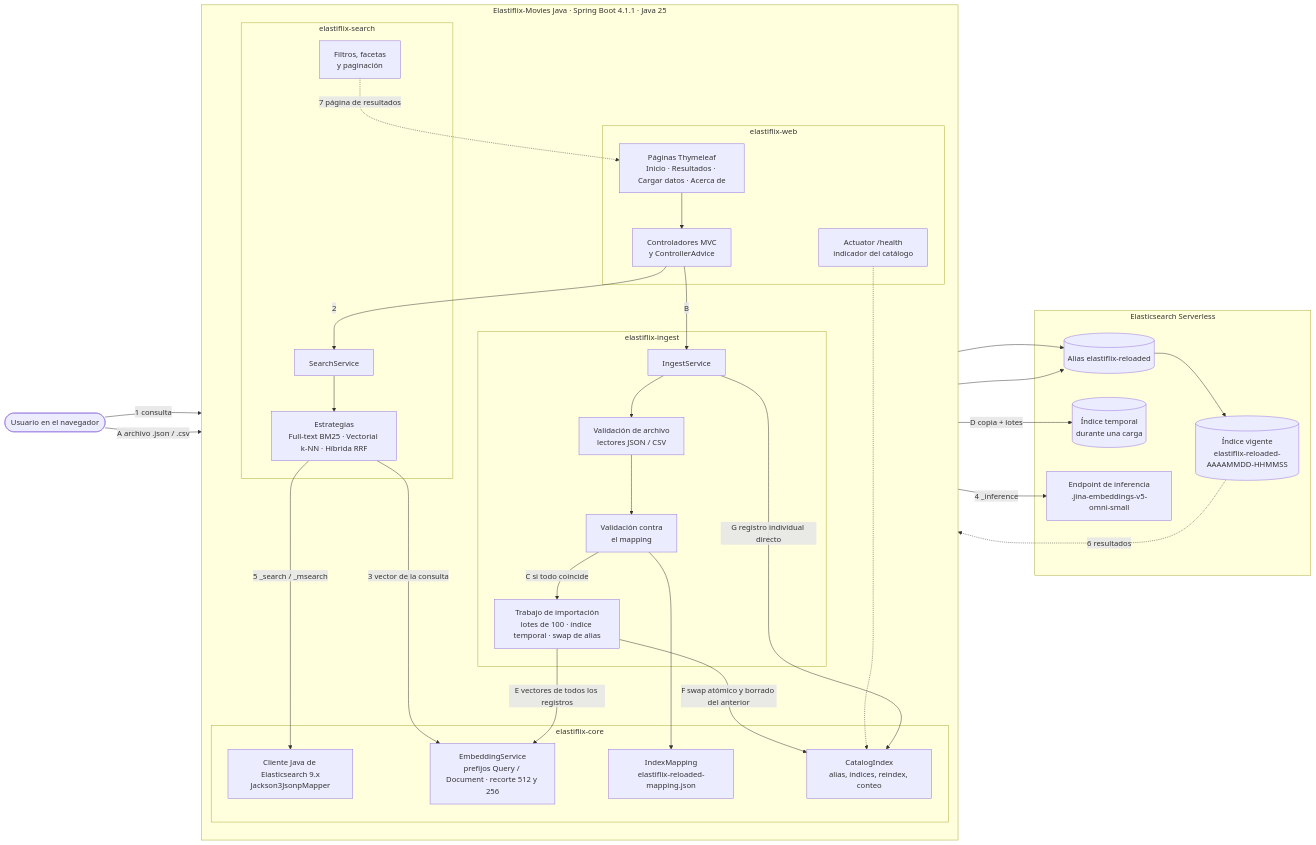
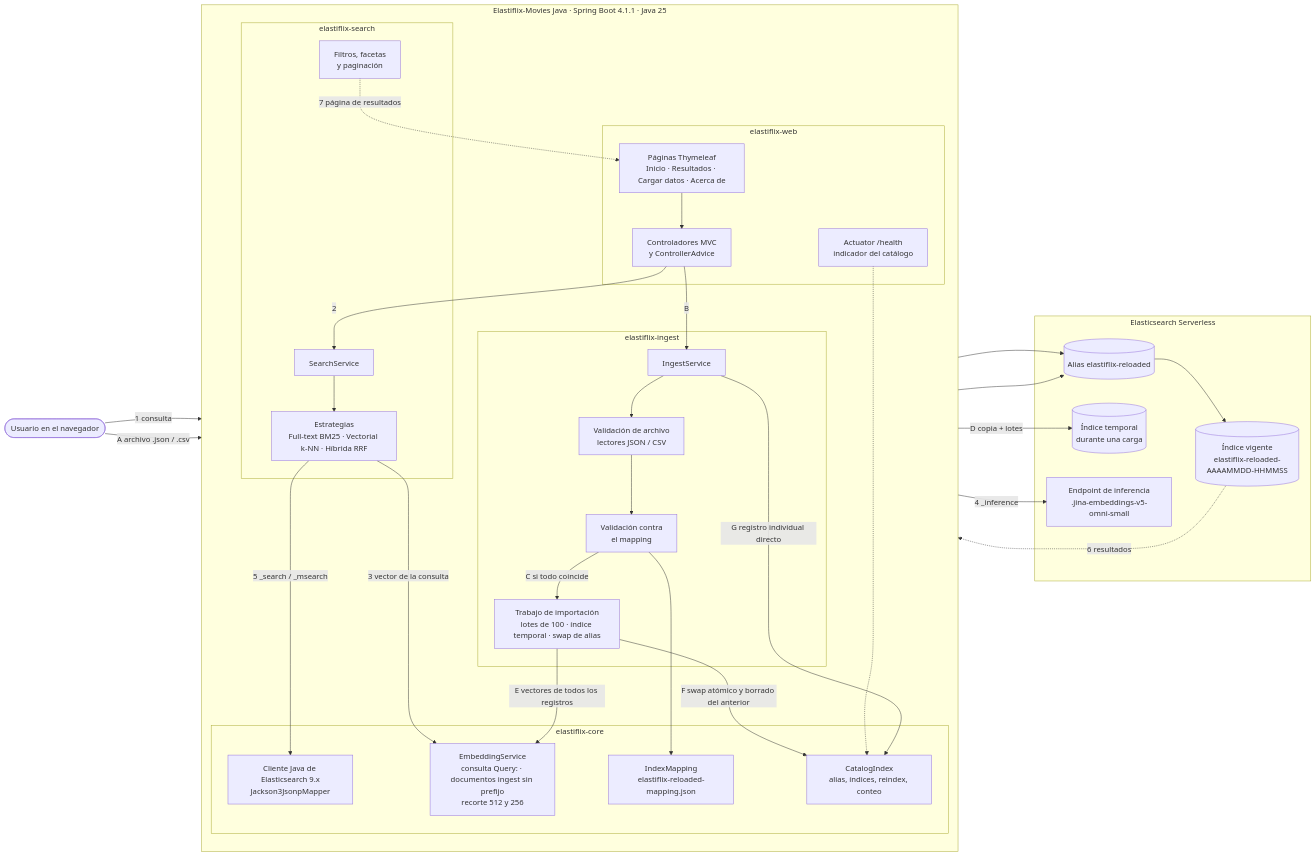
One commit to bigfito/elastiflix-reloaded changed the diagram in docs/arquitectura.mermaid. Above: the diagram before and after it, drawn with Mermaid. The commit also changed 5 other files, not shown here.

```diff
--- a/docs/arquitectura.mermaid
+++ b/docs/arquitectura.mermaid
@@ -1,59 +1,59 @@
 flowchart LR
   user(["Usuario en el navegador"])
 
   subgraph app["Elastiflix-Movies Java · Spring Boot 4.1.1 · Java 25"]
     direction TB
     subgraph web["elastiflix-web"]
       pages["Páginas Thymeleaf<br/>Inicio · Resultados · Cargar datos · Acerca de"]
       ctrl["Controladores MVC<br/>y ControllerAdvice"]
       health["Actuator /health<br/>indicador del catálogo"]
     end
     subgraph search["elastiflix-search"]
       facade_s["SearchService"]
       strat["Estrategias<br/>Full-text BM25 · Vectorial k-NN · Híbrida RRF"]
       facets["Filtros, facetas<br/>y paginación"]
     end
     subgraph ingest["elastiflix-ingest"]
       facade_i["IngestService"]
       readers["Validación de archivo<br/>lectores JSON / CSV"]
       validator["Validación contra<br/>el mapping"]
       job["Trabajo de importación<br/>lotes de 100 · índice temporal · swap de alias"]
     end
     subgraph core["elastiflix-core"]
       client["Cliente Java de Elasticsearch 9.x<br/>Jackson3JsonpMapper"]
       catalog["CatalogIndex<br/>alias, índices, reindex, conteo"]
-      emb["EmbeddingService<br/>prefijos Query / Document · recorte 512 y 256"]
+      emb["EmbeddingService<br/>consulta Query: · documentos ingest sin prefijo<br/>recorte 512 y 256"]
       mapping["IndexMapping<br/>elastiflix-reloaded-mapping.json"]
     end
   end
 
   subgraph es["Elasticsearch Serverless"]
     alias[("Alias elastiflix-reloaded")]
     idx[("Índice vigente<br/>elastiflix-reloaded-AAAAMMDD-HHMMSS")]
     tmp[("Índice temporal<br/>durante una carga")]
     inf["Endpoint de inferencia<br/>.jina-embeddings-v5-omni-small"]
   end
 
   user -->|"1 consulta"| pages
   pages --> ctrl
   ctrl -->|"2"| facade_s
   facade_s --> strat
   strat -->|"3 vector de la consulta"| emb
   emb -->|"4 _inference"| inf
   strat -->|"5 _search / _msearch"| client
   client --> alias
   alias --> idx
   idx -.->|"6 resultados"| facets
   facets -.->|"7 página de resultados"| pages
 
   user -->|"A archivo .json / .csv"| pages
   ctrl -->|"B"| facade_i
   facade_i --> readers --> validator
   validator --> mapping
   validator -->|"C si todo coincide"| job
   job -->|"D copia + lotes"| tmp
   job -->|"E vectores de todos los registros"| emb
   job -->|"F swap atómico y borrado del anterior"| catalog
   catalog --> alias
   health -.-> catalog
   facade_i -->|"G registro individual directo"| catalog
```
